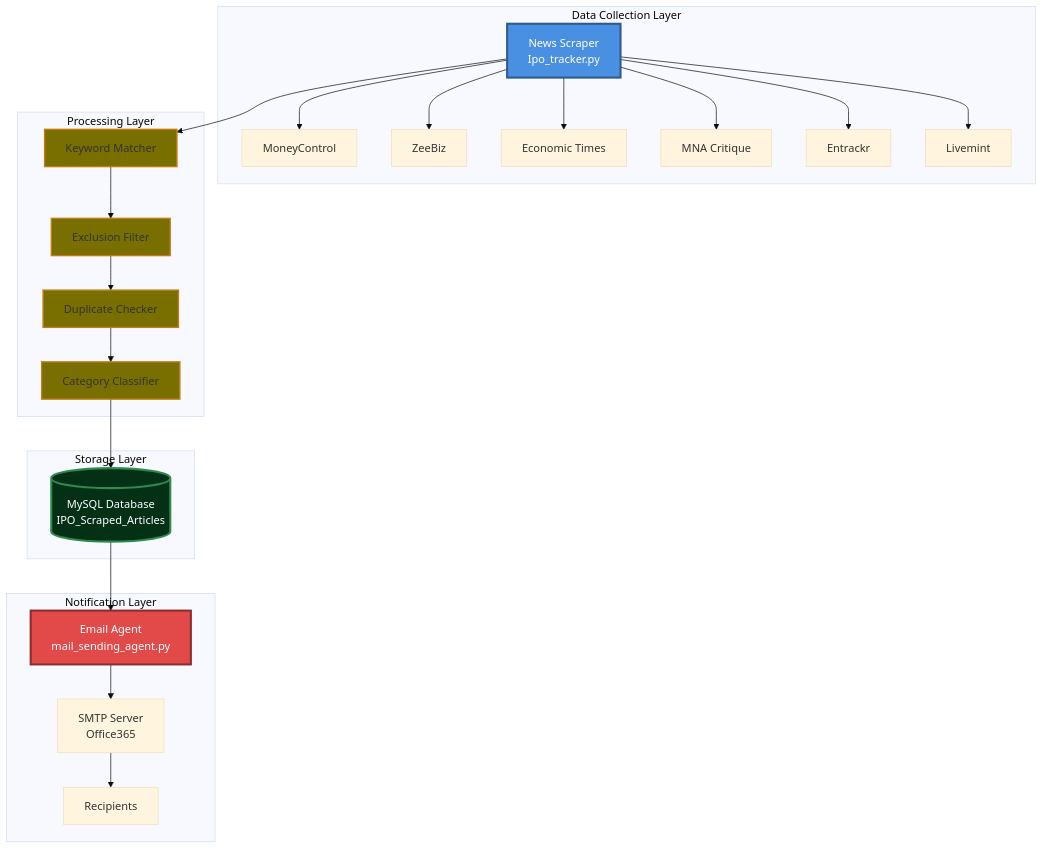
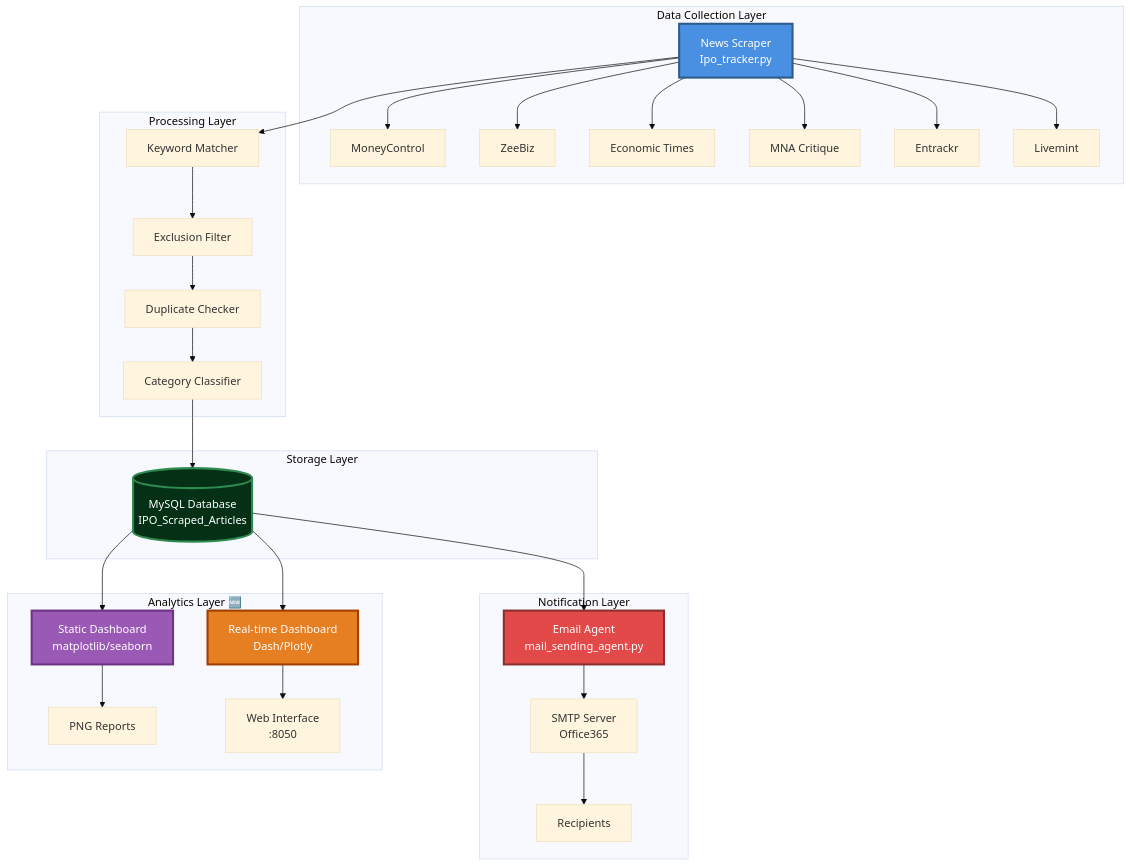
One commit to Acash-bits/Financial_News_Aggregator changed the first of 11 diagrams in readme.md. Above: the diagram before and after it, drawn with Mermaid (base theme). The commit also changed other lines of this file, not shown here.

Commit message:
Update README to include detailed analytics dashboard features and enhancements

````diff
--- a/readme.md
+++ b/readme.md
@@ -60,36 +76,41 @@
 ```mermaid
 graph TB
     subgraph "Data Collection Layer"
         A[News Scraper<br/>Ipo_tracker.py] --> B[MoneyControl]
         A --> C[ZeeBiz]
         A --> D[Economic Times]
         A --> E[MNA Critique]
         A --> F[Entrackr]
         A --> G[Livemint]
     end
     
     subgraph "Processing Layer"
         A --> H[Keyword Matcher]
         H --> I[Exclusion Filter]
         I --> J[Duplicate Checker]
         J --> K[Category Classifier]
     end
     
     subgraph "Storage Layer"
         K --> L[(MySQL Database<br/>IPO_Scraped_Articles)]
     end
     
     subgraph "Notification Layer"
         L --> M[Email Agent<br/>mail_sending_agent.py]
         M --> N[SMTP Server<br/>Office365]
         N --> O[Recipients]
     end
     
+    subgraph "Analytics Layer 🆕"
+        L --> P[Static Dashboard<br/>matplotlib/seaborn]
+        L --> Q[Real-time Dashboard<br/>Dash/Plotly]
+        P --> R[PNG Reports]
+        Q --> S[Web Interface<br/>:8050]
+    end
+    
     style A fill:#4A90E2,stroke:#2E5C8A,stroke-width:3px,color:#fff
     style M fill:#E24A4A,stroke:#8A2E2E,stroke-width:3px,color:#fff
     style L fill:#043015,stroke:#2E8A4F,stroke-width:3px,color:#fff
-    style H fill:#786F00,stroke:#C17D11,stroke-width:2px
-    style I fill:#786F00,stroke:#C17D11,stroke-width:2px
-    style J fill:#786F00,stroke:#C17D11,stroke-width:2px
-    style K fill:#786F00,stroke:#C17D11,stroke-width:2px
+    style P fill:#9B59B6,stroke:#6C3483,stroke-width:3px,color:#fff
+    style Q fill:#E67E22,stroke:#A04000,stroke-width:3px,color:#fff
 ```
````
